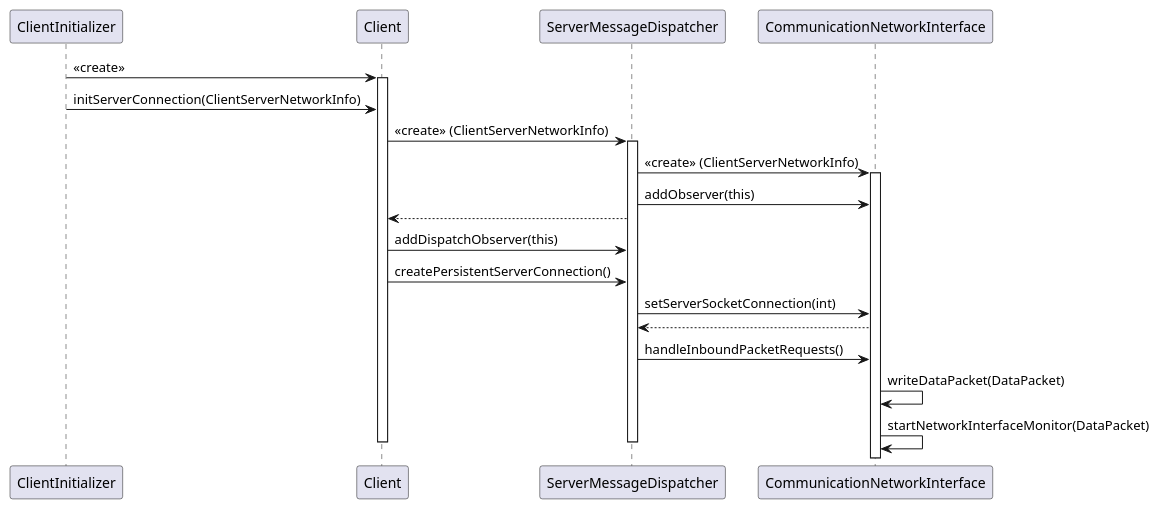
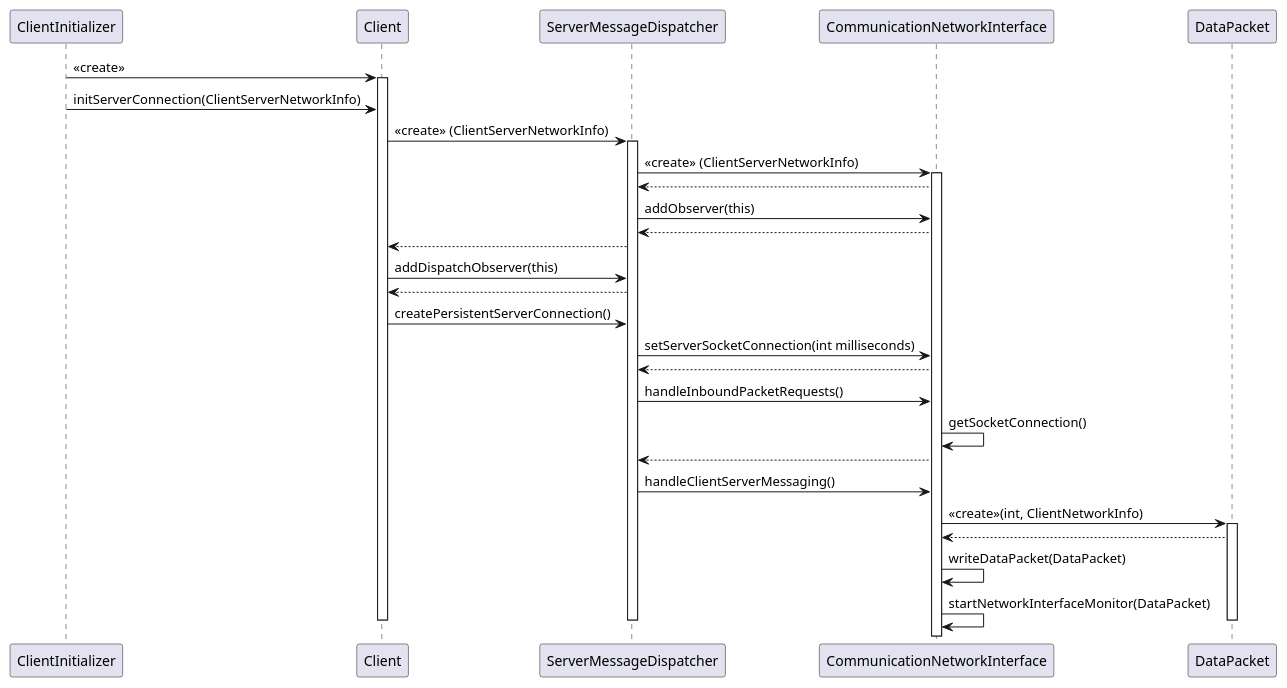
The diagram in doc/client.puml (aaruff/LabManager), drawn with PlantUML before and after one commit.

Commit message:
added more interactions

```diff
--- a/doc/client.puml
+++ b/doc/client.puml
@@ -1,27 +1,42 @@
 @startuml
 participant ClientInitializer
 ClientInitializer -> Client: <<create>>
 activate Client
 ClientInitializer -> Client: initServerConnection(ClientServerNetworkInfo)
 
 
 Client -> ServerMessageDispatcher: <<create>> (ClientServerNetworkInfo)
 activate ServerMessageDispatcher
 
 ServerMessageDispatcher -> CommunicationNetworkInterface: <<create>> (ClientServerNetworkInfo)
 activate CommunicationNetworkInterface
+CommunicationNetworkInterface --> ServerMessageDispatcher :
+
 ServerMessageDispatcher -> CommunicationNetworkInterface: addObserver(this)
+CommunicationNetworkInterface --> ServerMessageDispatcher :
 ServerMessageDispatcher --> Client:
 
 Client -> ServerMessageDispatcher: addDispatchObserver(this)
+ServerMessageDispatcher --> Client:
+
 Client -> ServerMessageDispatcher: createPersistentServerConnection()
 
-ServerMessageDispatcher -> CommunicationNetworkInterface: setServerSocketConnection(int)
+ServerMessageDispatcher -> CommunicationNetworkInterface: setServerSocketConnection(int milliseconds)
 CommunicationNetworkInterface --> ServerMessageDispatcher :
 
 ServerMessageDispatcher -> CommunicationNetworkInterface: handleInboundPacketRequests()
+CommunicationNetworkInterface -> CommunicationNetworkInterface: getSocketConnection()
+CommunicationNetworkInterface --> ServerMessageDispatcher :
+
+ServerMessageDispatcher -> CommunicationNetworkInterface: handleClientServerMessaging()
+
+CommunicationNetworkInterface -> DataPacket: <<create>>(int, ClientNetworkInfo)
+activate DataPacket
+DataPacket --> CommunicationNetworkInterface:
+
 CommunicationNetworkInterface -> CommunicationNetworkInterface: writeDataPacket(DataPacket)
 CommunicationNetworkInterface -> CommunicationNetworkInterface: startNetworkInterfaceMonitor(DataPacket)
+deactivate DataPacket
 deactivate ServerMessageDispatcher
 deactivate Client
 @enduml
```
